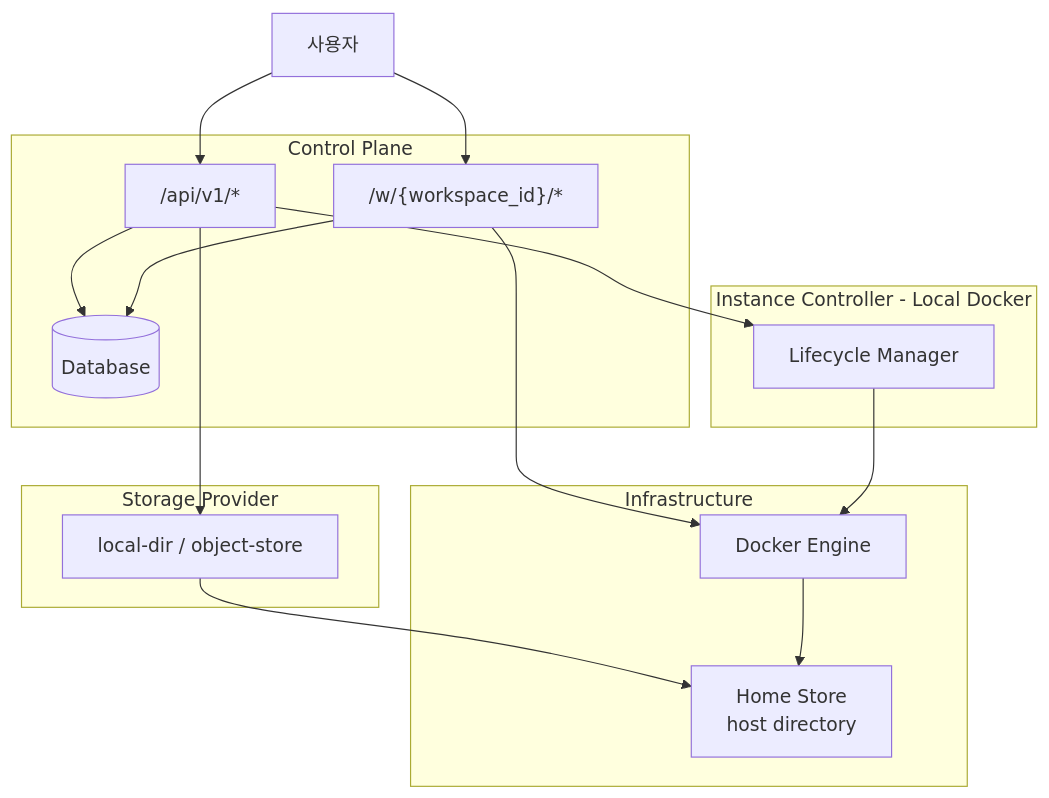
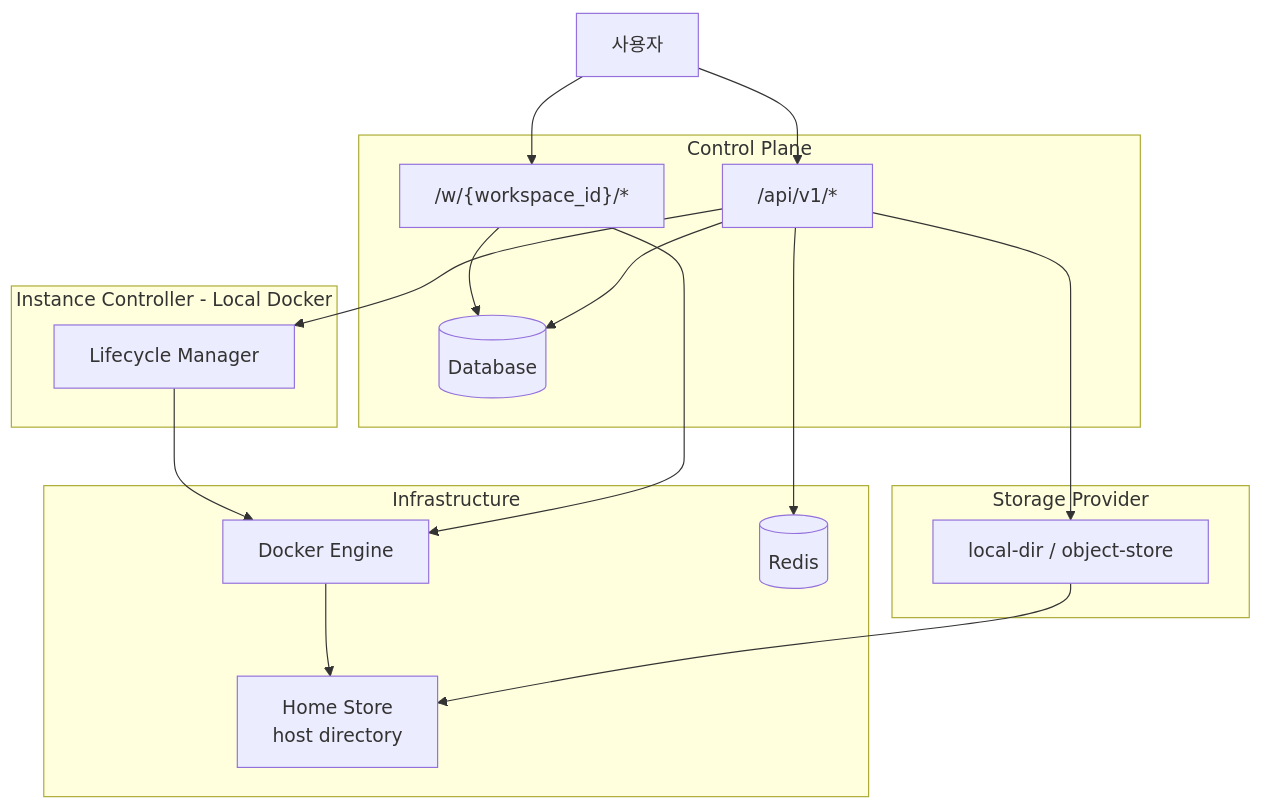
One commit to cagojeiger/code-hub changed the first of 12 diagrams in docs/architecture.md. Above: the diagram before and after it, drawn with Mermaid. The commit also changed other lines of this file and 1 other file, not shown here.

````diff
--- a/docs/architecture.md
+++ b/docs/architecture.md
@@ -9,34 +9,36 @@
 ```mermaid
 graph TB
     User[사용자]
 
     subgraph ControlPlane[Control Plane]
         API["/api/v1/*"]
         Proxy["/w/{workspace_id}/*"]
         DB[(Database)]
     end
 
     subgraph StorageProvider[Storage Provider]
         SP[local-dir / object-store]
     end
 
     subgraph InstanceController[Instance Controller - Local Docker]
         IC[Lifecycle Manager]
     end
 
     subgraph Infrastructure
         Docker[Docker Engine]
         HomeStore[Home Store<br/>host directory]
+        Redis[(Redis)]
     end
 
     User --> API
     User --> Proxy
     API --> DB
     Proxy --> DB
     Proxy --> Docker
     API --> SP
     SP --> HomeStore
     API --> IC
     IC --> Docker
     Docker --> HomeStore
+    API --> Redis
 ```
````
